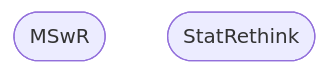
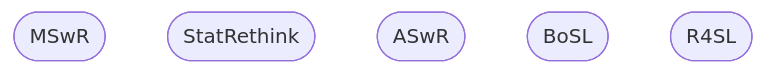
The third of 4 diagrams in README.md (parmsam/r-learning-paths), drawn with Mermaid before and after one commit.

````diff
--- a/README.md
+++ b/README.md
@@ -50,9 +50,13 @@
 ```mermaid
 graph TD
     C1([MSwR])
     C2([StatRethink])
+    C3([ASwR])
+    C4([BoSL])
+    C5([R4SL])
     click C1 "https://modernstatisticswithr.com/"
     click C2 "https://xcelab.net/rm/statistical-rethinking/"
-    C1 
-    C2
+    click C3 "https://book.stat420.org/"
+    click C4 "https://statisticallearning.org/"
+    click C5 "https://daviddalpiaz.github.io/r4sl/"
 ```
````
